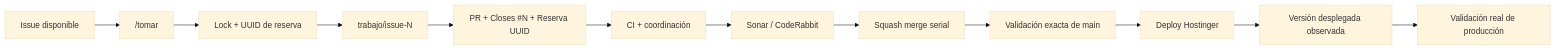
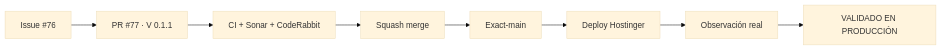
One commit to pl0n3r/Condor changed the diagram in README.md. Above: the diagram before and after it, drawn with Mermaid (base theme). The commit also changed other lines of this file and 8 other files, not shown here.

````diff
--- a/README.md
+++ b/README.md
@@ -43,14 +70,10 @@
 ```mermaid
 flowchart LR
- A["Issue disponible"] --> B["/tomar"]
- B --> C["Lock + UUID de reserva"]
- C --> D["trabajo/issue-N"]
- D --> E["PR + Closes #N + Reserva UUID"]
- E --> F["CI + coordinación"]
- F --> G["Sonar / CodeRabbit"]
- G --> H["Squash merge serial"]
- H --> I["Validación exacta de main"]
- I --> J["Deploy Hostinger"]
- J --> K["Versión desplegada observada"]
- K --> L["Validación real de producción"]
+ A["Issue #76"] --> B["PR #77 · V 0.1.1"]
+ B --> C["CI + Sonar + CodeRabbit"]
+ C --> D["Squash merge"]
+ D --> E["Exact-main"]
+ E --> F["Deploy Hostinger"]
+ F --> G["Observación real"]
+ G --> H["VALIDADO EN PRODUCCIÓN"]
 ```
````
